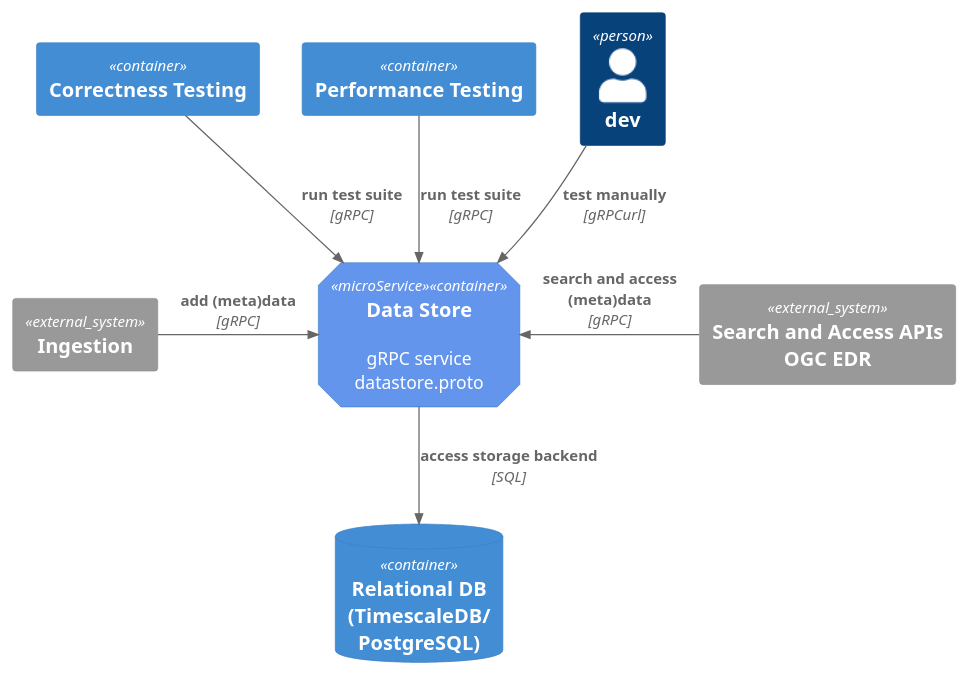
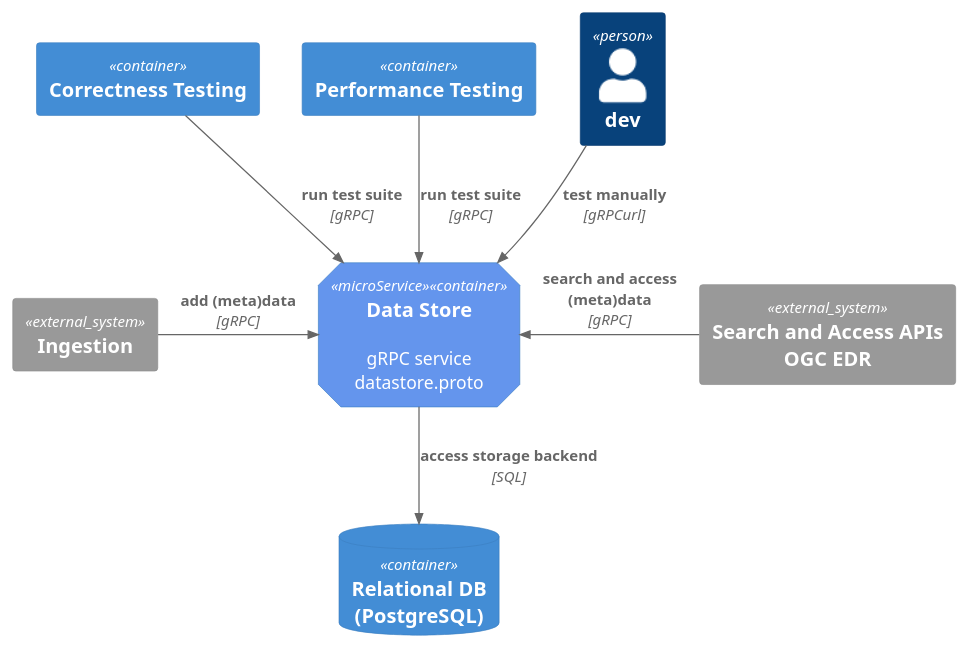
Before and after one commit to EURODEO/e-soh: the diagram in datastore/docs/puml/datastore.puml, drawn with PlantUML. The commit also changed 20 other files, not shown here.

```diff
--- a/datastore/docs/puml/datastore.puml
+++ b/datastore/docs/puml/datastore.puml
@@ -1,21 +1,21 @@
 @startuml "c4-container-data-store"
 !include https://raw.githubusercontent.com/plantuml-stdlib/C4-PlantUML/master/C4_Container.puml
 
 AddElementTag("microService", $shape=EightSidedShape(), $bgColor="CornflowerBlue", $fontColor="white", $legendText="micro service\neight sided")
 
-ContainerDb(timescaledb, "Relational DB\n(TimescaleDB/\nPostgreSQL)")
+ContainerDb(postgresql, "Relational DB\n(PostgreSQL)")
 Container(datastore, "Data Store", "", "gRPC service\ndatastore.proto", $tags = "microService")
 Container(corrtest, "Correctness Testing", "", "")
 Container(perftest, "Performance Testing", "", "")
 Person(dev, "dev")
 System_Ext(ingestion, "Ingestion", "", "")
 System_Ext(edr, "Search and Access APIs\nOGC EDR", "", "")
 
-Rel(datastore, timescaledb, "access storage backend", "SQL")
+Rel(datastore, postgresql, "access storage backend", "SQL")
 Rel_R(ingestion, datastore, "add (meta)data", "gRPC")
 Rel_L(edr, datastore, "search and access (meta)data", "gRPC")
 Rel(dev, datastore, "test manually", "gRPCurl")
 Rel(corrtest, datastore, "run test suite", "gRPC")
 Rel(perftest, datastore, "run test suite", "gRPC")
 
 @enduml
```
